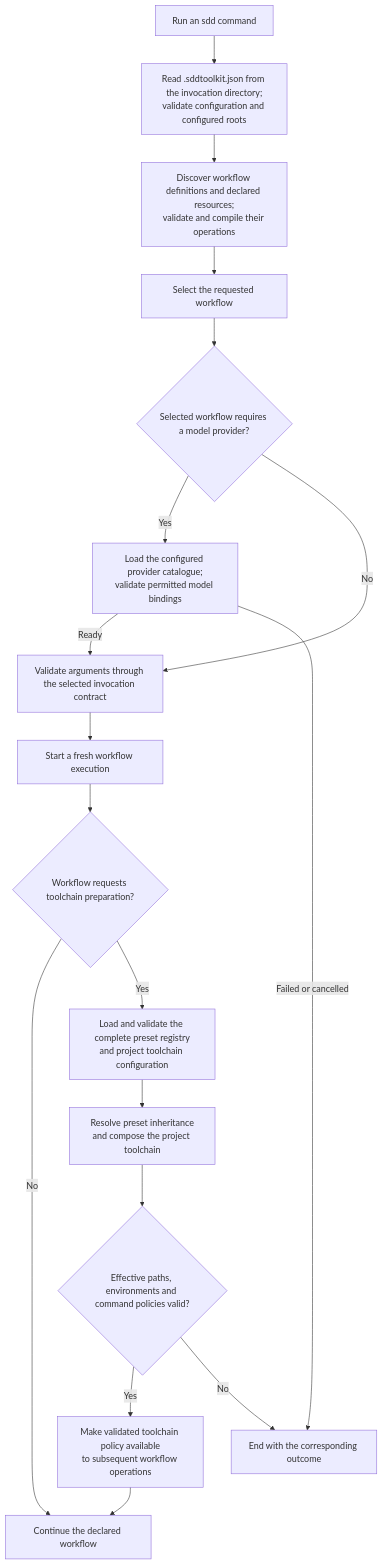
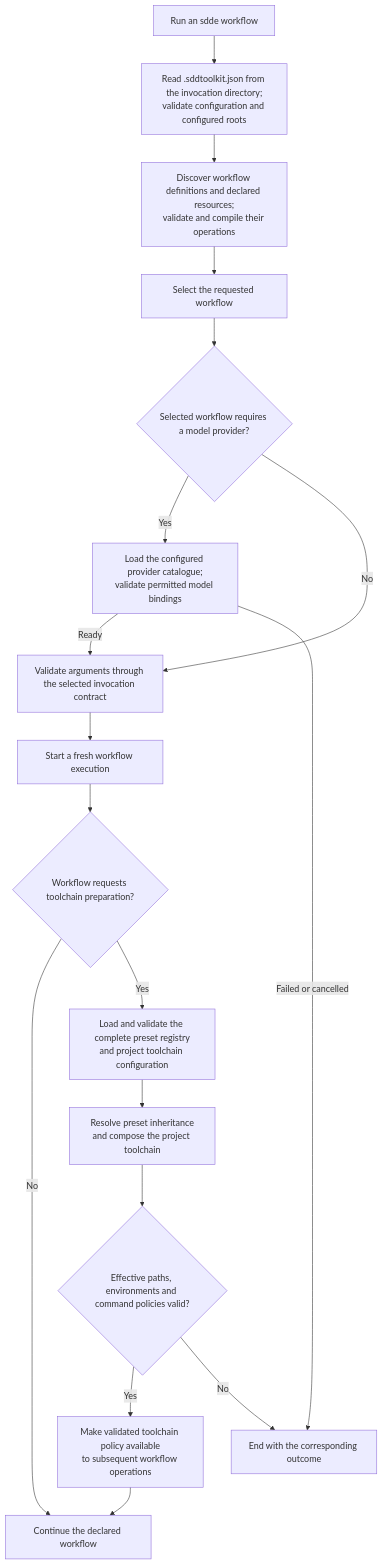
One commit to littledespot/sdde changed the diagram in design/diagrams/08-toolchain-preset-bootstrap.md. Above: the diagram before and after it, drawn with Mermaid. The commit also changed 52 other files, not shown here.

````diff
--- a/design/diagrams/08-toolchain-preset-bootstrap.md
+++ b/design/diagrams/08-toolchain-preset-bootstrap.md
@@ -3,20 +3,20 @@
 ```mermaid
 flowchart TD
-    START["Run an sdd command"] --> CONFIG["Read .sddtoolkit.json from the invocation directory;<br/>validate configuration and configured roots"]
+    START["Run an sdde workflow"] --> CONFIG["Read .sddtoolkit.json from the invocation directory;<br/>validate configuration and configured roots"]
     CONFIG --> WORKFLOWS["Discover workflow definitions and declared resources;<br/>validate and compile their operations"]
     WORKFLOWS --> SELECT["Select the requested workflow"]
     SELECT --> MODEL{"Selected workflow requires a model provider?"}
     MODEL -->|Yes| PROVIDERS["Load the configured provider catalogue;<br/>validate permitted model bindings"]
     MODEL -->|No| INVOKE
     PROVIDERS -->|Ready| INVOKE["Validate arguments through the selected invocation contract"]
     PROVIDERS -->|Failed or cancelled| STOP["End with the corresponding outcome"]
     INVOKE --> EXECUTE["Start a fresh workflow execution"]
     EXECUTE --> TOOLCHAIN{"Workflow requests toolchain preparation?"}
     TOOLCHAIN -->|No| RUN["Continue the declared workflow"]
     TOOLCHAIN -->|Yes| PRESETS["Load and validate the complete preset registry<br/>and project toolchain configuration"]
     PRESETS --> INHERIT["Resolve preset inheritance<br/>and compose the project toolchain"]
     INHERIT --> SAFETY{"Effective paths, environments and command policies valid?"}
     SAFETY -->|Yes| PUBLISH["Make validated toolchain policy available<br/>to subsequent workflow operations"]
     PUBLISH --> RUN
     SAFETY -->|No| STOP
 ```
````
